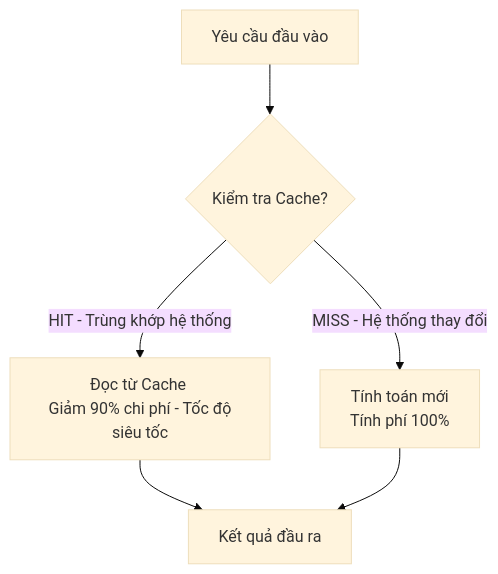
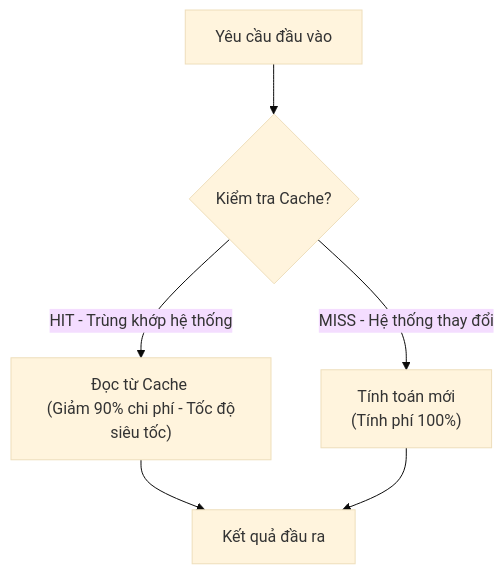
The third of 3 diagrams in README.md (jackvi810/ai-models), drawn with Mermaid (base theme) before and after one commit. The commit also changed other lines of this file, not shown here.

Commit message:
docs: write comprehensive playbook with detailed prompts, replacement tables, and corrected diagrams

````diff
--- a/README.md
+++ b/README.md
@@ -116,8 +150,8 @@
 ```mermaid
 graph TD
-    Input[Yêu cầu đầu vào] --> CacheCheck{Kiểm tra Cache?}
-    CacheCheck -->|HIT - Trùng khớp hệ thống| CacheRead[Đọc từ Cache <br> Giảm 90% chi phí - Tốc độ siêu tốc]
-    CacheCheck -->|MISS - Hệ thống thay đổi| Process[Tính toán mới <br> Tính phí 100%]
-    CacheRead --> Output[Kết quả đầu ra]
+    Input["Yêu cầu đầu vào"] --> CacheCheck{"Kiểm tra Cache?"}
+    CacheCheck -->|HIT - Trùng khớp hệ thống| CacheRead["Đọc từ Cache <br> (Giảm 90% chi phí - Tốc độ siêu tốc)"]
+    CacheCheck -->|MISS - Hệ thống thay đổi| Process["Tính toán mới <br> (Tính phí 100%)"]
+    CacheRead --> Output["Kết quả đầu ra"]
     Process --> Output
 ```
````
